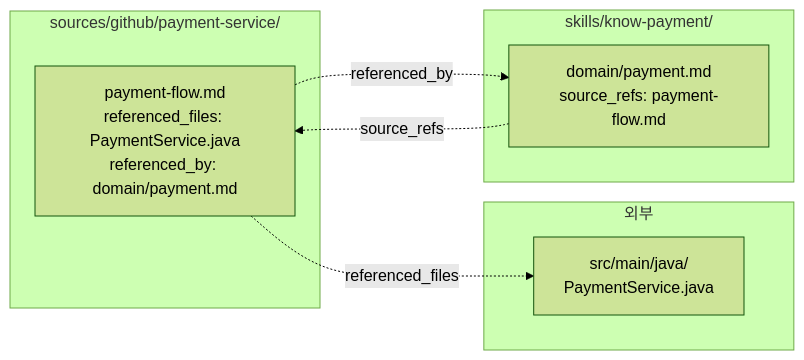
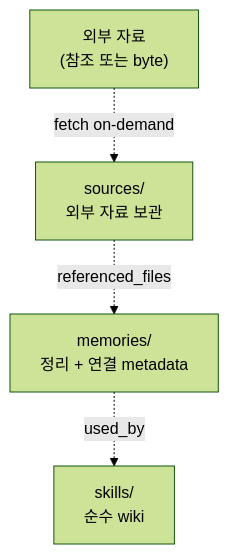
One commit to choesimin/choesimin.github.io changed the second of 2 diagrams in collections/_notes/ai/llm-wiki/as-skill.md. Above: the diagram before and after it, drawn with Mermaid (forest theme). The commit also changed other lines of this file, not shown here.

````diff
--- a/collections/_notes/ai/llm-wiki/as-skill.md
+++ b/collections/_notes/ai/llm-wiki/as-skill.md
@@ -288,18 +124,11 @@
 ```mermaid
-graph LR
-    subgraph external["외부"]
-        ext_file["src/main/java/<br>PaymentService.java"]
-    end
+graph TB
+    external["외부 자료<br>(참조 또는 byte)"]
+    sources["sources/<br>외부 자료 보관"]
+    memories["memories/<br>정리 + 연결 metadata"]
+    skills["skills/<br>순수 wiki"]
 
-    subgraph src["sources/github/payment-service/"]
-        topic_flow["payment-flow.md<br>referenced_files: PaymentService.java<br>referenced_by: domain/payment.md"]
-    end
-
-    subgraph skill["skills/know-payment/"]
-        page_payment["domain/payment.md<br>source_refs: payment-flow.md"]
-    end
-
-    topic_flow -.referenced_files.-> ext_file
-    topic_flow -.referenced_by.-> page_payment
-    page_payment -.source_refs.-> topic_flow
+    external -.fetch on-demand.-> sources
+    sources -.referenced_files.-> memories
+    memories -.used_by.-> skills
 ```
````
